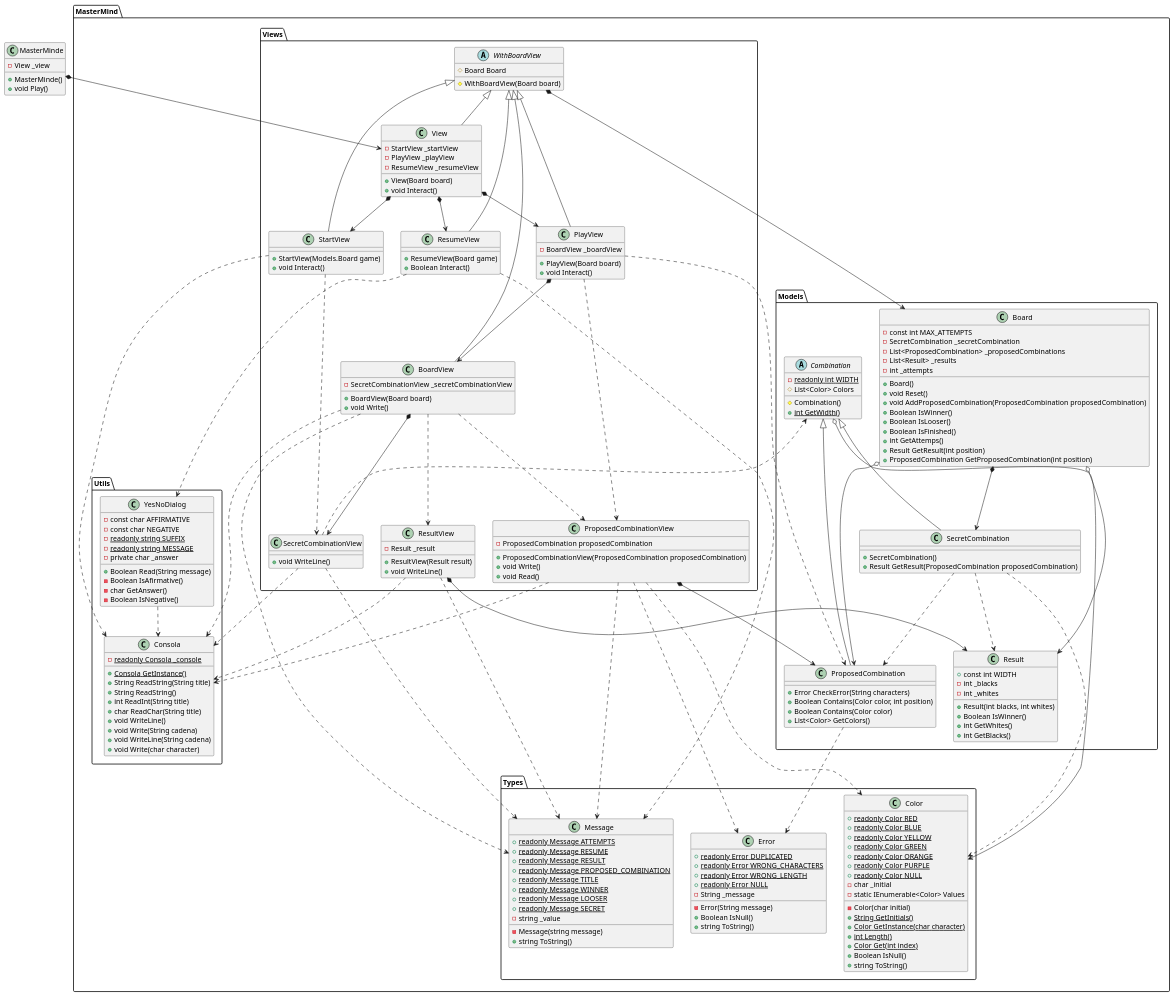
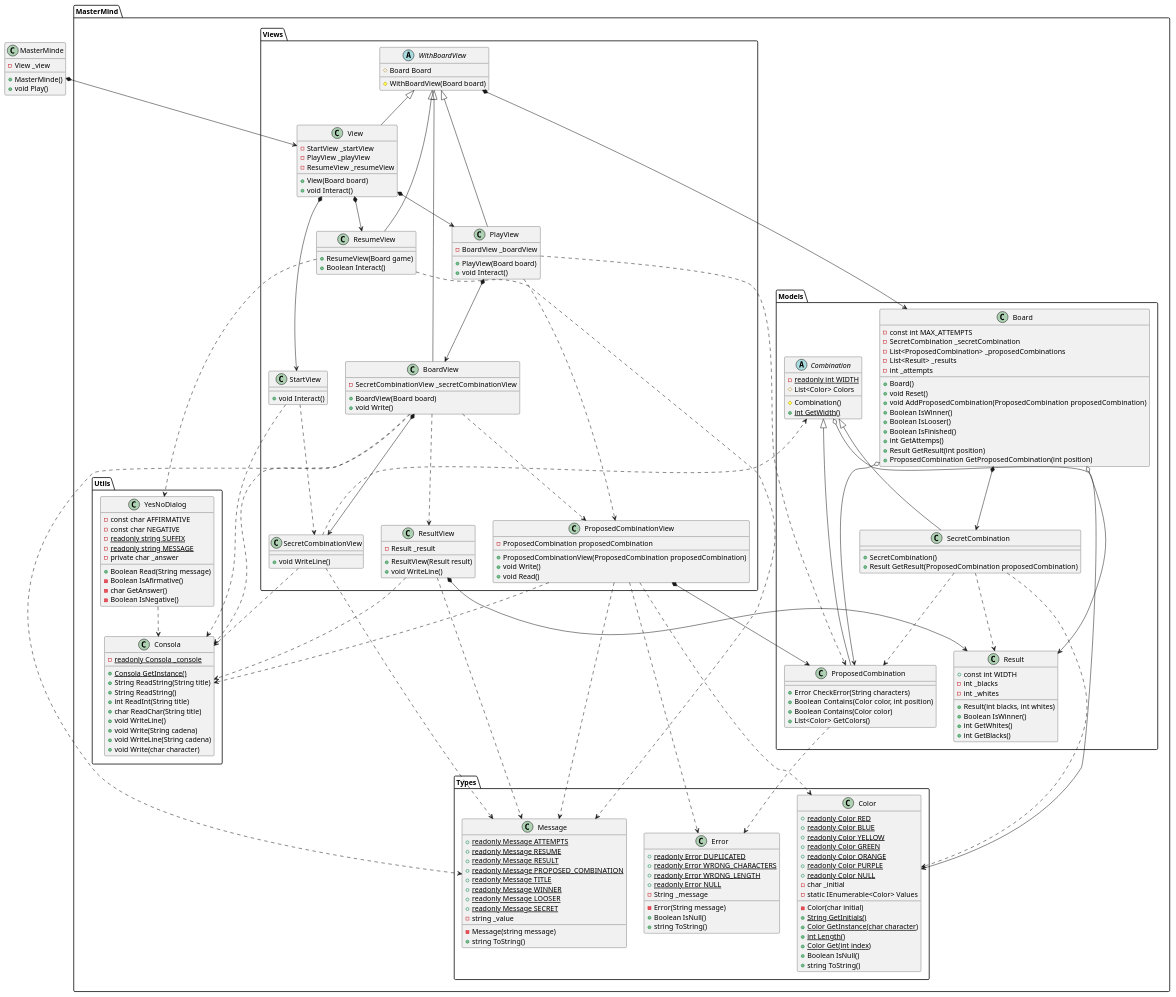
The diagram in 2.DocumentView - Console/diagrams/MasterMind.puml (Master-Desarrollo-20-21/diseno-oo-ejercicio-3-mastermind-separacion-de-controladores-jmanuelsoberano), drawn with PlantUML before and after one commit. The commit also changed 3 other files, not shown here.

```diff
--- a/2.DocumentView - Console/diagrams/MasterMind.puml
+++ b/2.DocumentView - Console/diagrams/MasterMind.puml
@@ -160,7 +160,6 @@
     }
 
     class StartView {
-        + StartView(Models.Board game)
         + void Interact()
     }
 
@@ -202,7 +201,6 @@
 
 MasterMinde *--> View
 WithBoardView <|-- View
-WithBoardView <|-- StartView
 WithBoardView <|-- ResumeView
 WithBoardView <|-- PlayView
 WithBoardView <|-- BoardView
```
